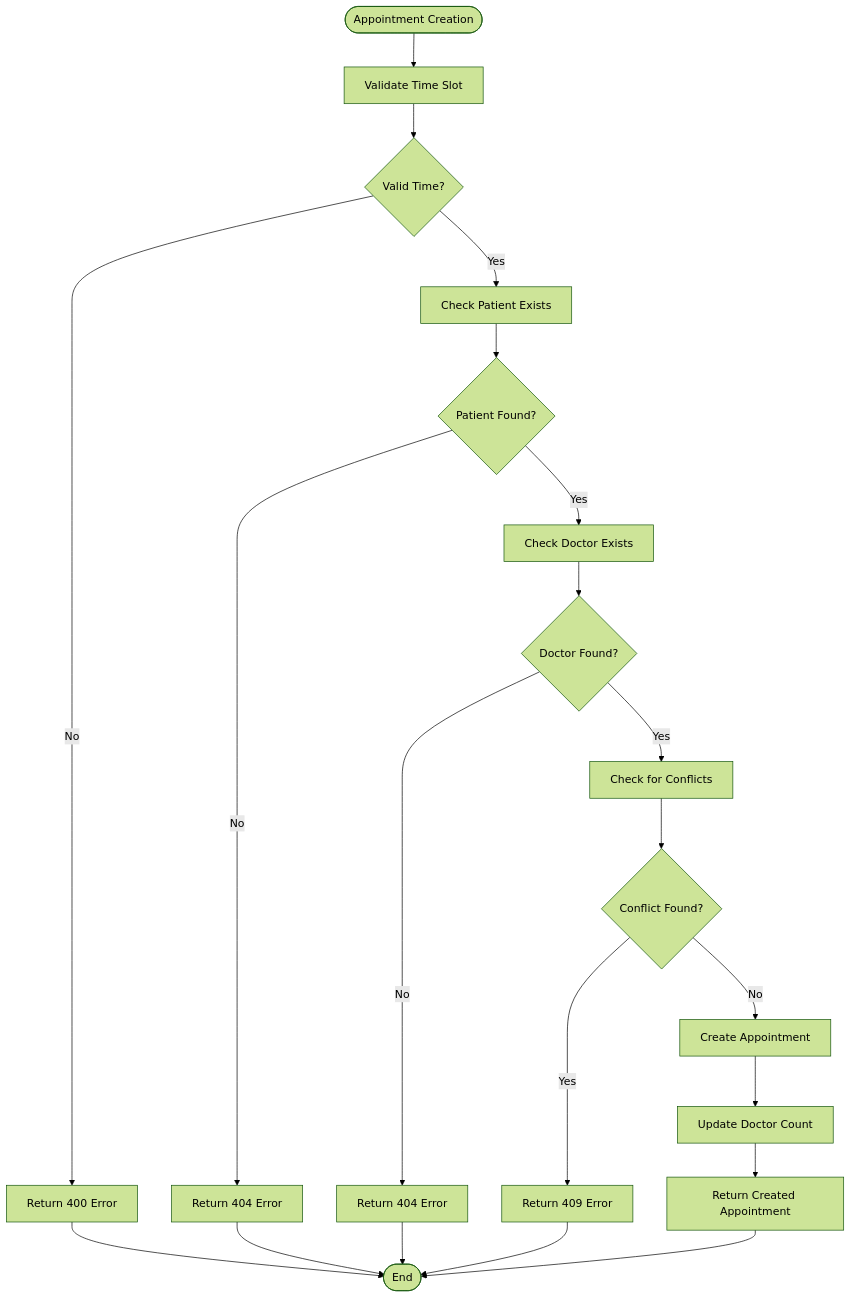
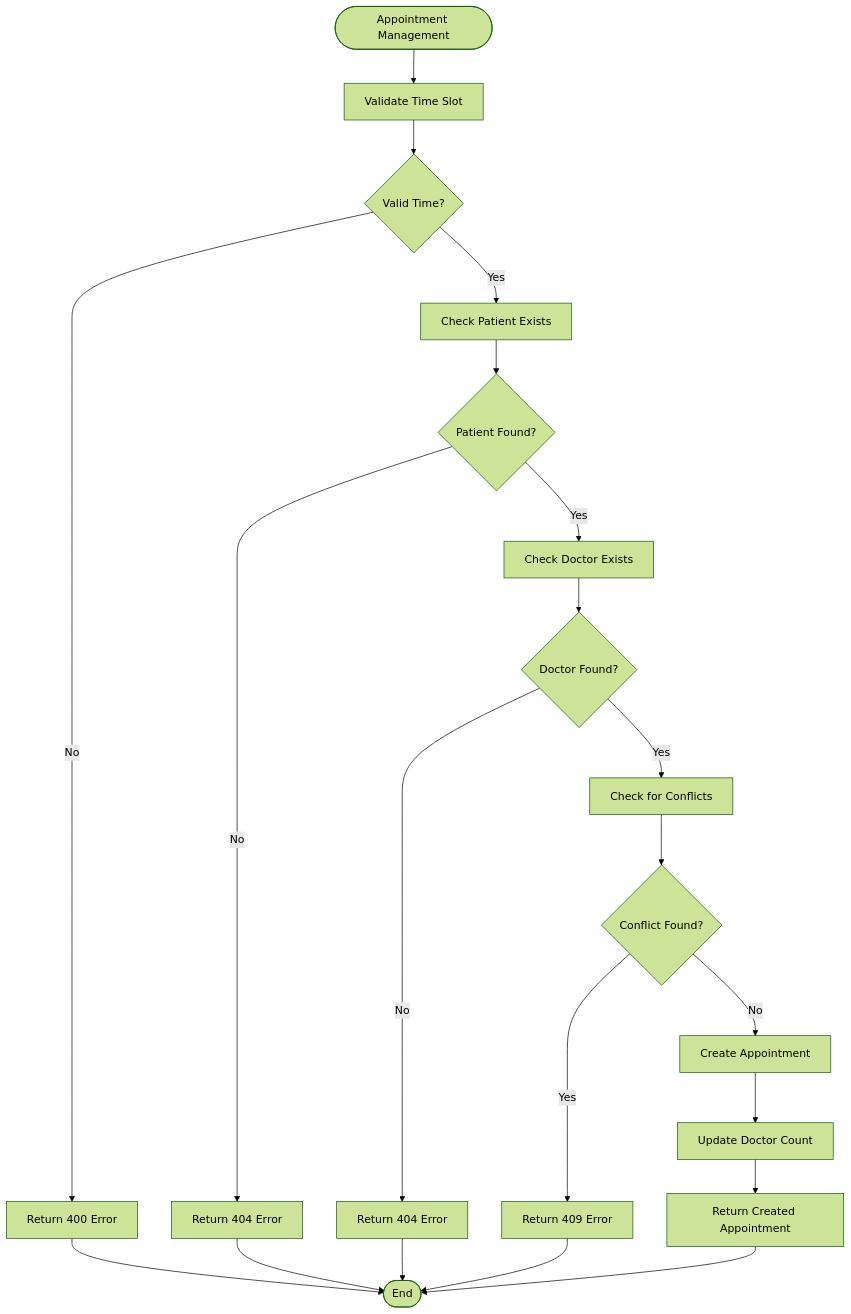
The third of 8 diagrams in .qoder/repowiki/en/content/Frontend Component Architecture/Appointments Component.md (kasliwalsarthak7972/smart-healthcare-dashboard), drawn with Mermaid (forest theme) before and after one commit. The commit also changed other lines of this file and 7 other files, not shown here.

````diff
--- a/.qoder/repowiki/en/content/Frontend Component Architecture/Appointments Component.md
+++ b/.qoder/repowiki/en/content/Frontend Component Architecture/Appointments Component.md
@@ -171,23 +208,23 @@
 ```mermaid
 flowchart TD
-Start([Appointment Creation]) --> ValidateTime["Validate Time Slot"]
+Start([Appointment Management]) --> ValidateTime["Validate Time Slot"]
 ValidateTime --> TimeValid{"Valid Time?"}
 TimeValid --> |No| ErrorTime["Return 400 Error"]
 TimeValid --> |Yes| CheckPatient["Check Patient Exists"]
 CheckPatient --> PatientExists{"Patient Found?"}
 PatientExists --> |No| ErrorPatient["Return 404 Error"]
 PatientExists --> |Yes| CheckDoctor["Check Doctor Exists"]
 CheckDoctor --> DoctorExists{"Doctor Found?"}
 DoctorExists --> |No| ErrorDoctor["Return 404 Error"]
 DoctorExists --> |Yes| CheckConflict["Check for Conflicts"]
 CheckConflict --> HasConflict{"Conflict Found?"}
 HasConflict --> |Yes| ErrorConflict["Return 409 Error"]
 HasConflict --> |No| CreateAppointment["Create Appointment"]
 CreateAppointment --> UpdateDoctorCount["Update Doctor Count"]
 UpdateDoctorCount --> Success["Return Created Appointment"]
 ErrorTime --> End([End])
 ErrorPatient --> End
 ErrorDoctor --> End
 ErrorConflict --> End
 Success --> End
 ```
````
